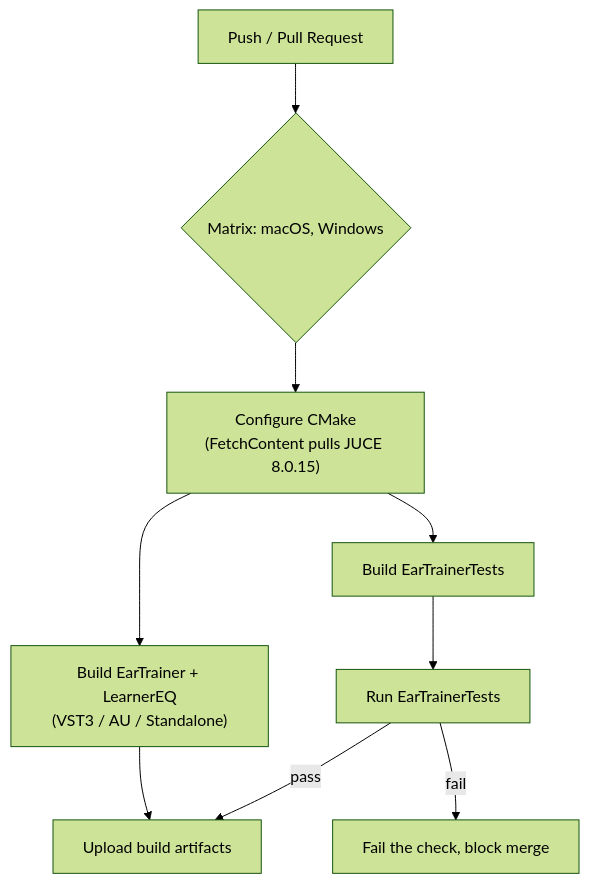
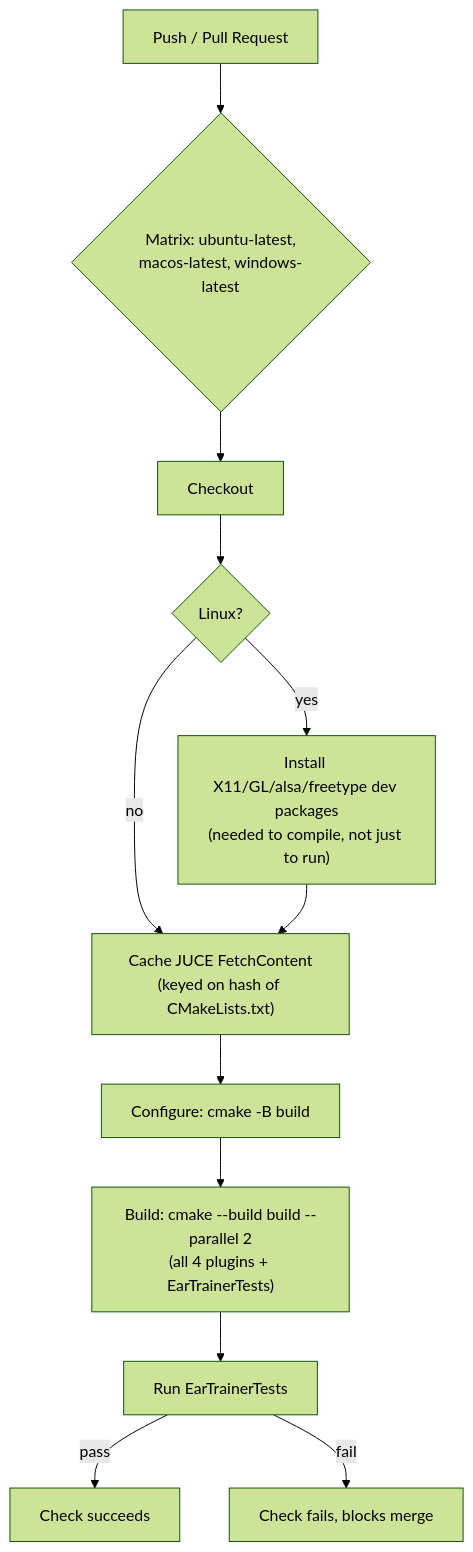
One commit to bogggare567/abcTrain changed the diagram in docs/diagrams/ci-pipeline.md. Above: the diagram before and after it, drawn with Mermaid (forest theme). The commit also changed other lines of this file and 19 other files, not shown here.

````diff
--- a/docs/diagrams/ci-pipeline.md
+++ b/docs/diagrams/ci-pipeline.md
@@ -22,11 +27,14 @@
 ```mermaid
 flowchart TD
-    A["Push / Pull Request"] --> B{"Matrix: macOS, Windows"}
-    B --> C["Configure CMake\n(FetchContent pulls JUCE 8.0.15)"]
-    C --> D["Build EarTrainer + LearnerEQ\n(VST3 / AU / Standalone)"]
-    C --> E["Build EarTrainerTests"]
-    E --> F["Run EarTrainerTests"]
-    F -- pass --> G["Upload build artifacts"]
-    F -- fail --> H["Fail the check, block merge"]
-    D --> G
+    A["Push / Pull Request"] --> B{"Matrix: ubuntu-latest,\nmacos-latest, windows-latest"}
+    B --> C["Checkout"]
+    C --> D{"Linux?"}
+    D -- yes --> E["Install X11/GL/alsa/freetype dev packages\n(needed to compile, not just to run)"]
+    D -- no --> F["Cache JUCE FetchContent\n(keyed on hash of CMakeLists.txt)"]
+    E --> F
+    F --> G["Configure: cmake -B build"]
+    G --> H["Build: cmake --build build --parallel 2\n(all 4 plugins + EarTrainerTests)"]
+    H --> I["Run EarTrainerTests"]
+    I -- pass --> J["Check succeeds"]
+    I -- fail --> K["Check fails, blocks merge"]
 ```
````
